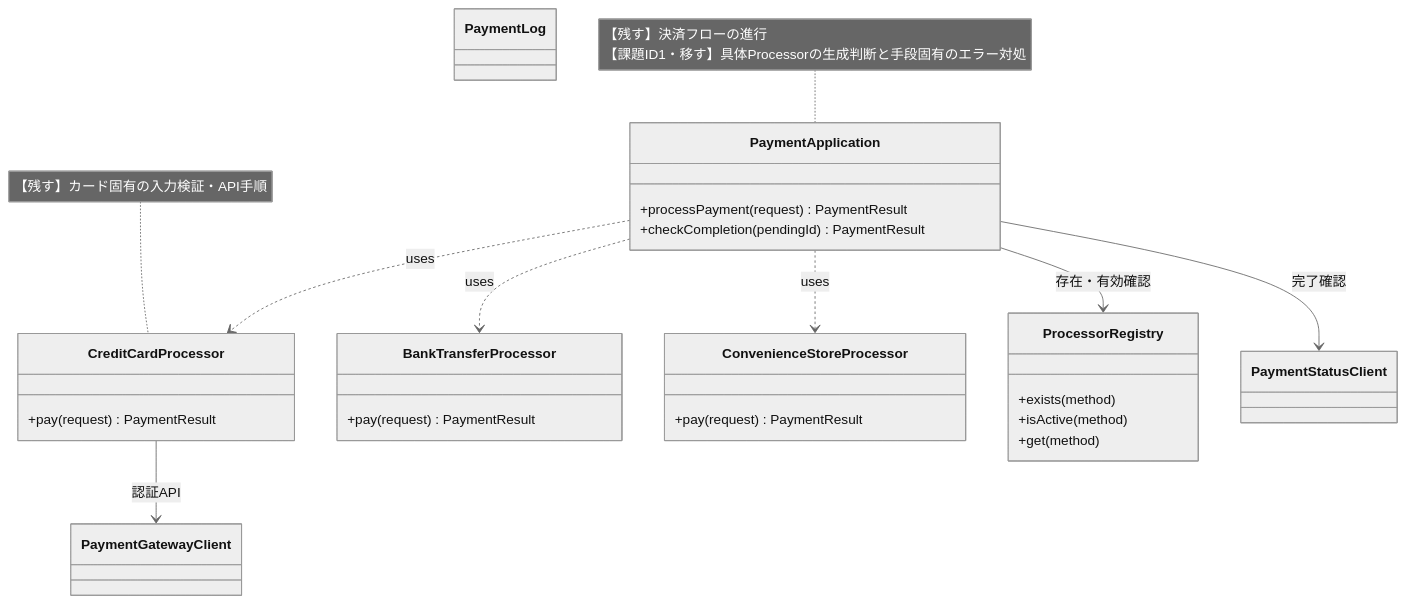
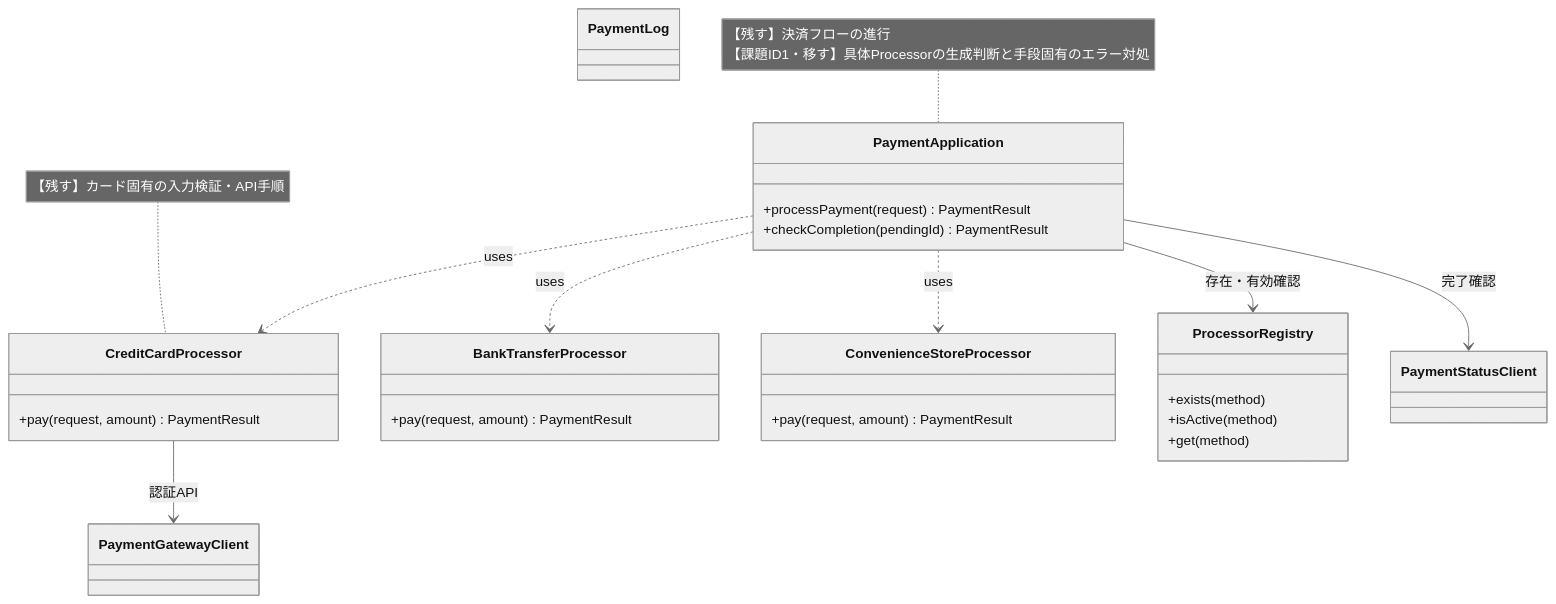
One commit to kumachan1101-pixel/DesignPattern changed the tenth of 17 diagrams in kindle/design-patterns/output/chapter08.md. Above: the diagram before and after it, drawn with Mermaid (neutral theme). The commit also changed other lines of this file and 2 other files, not shown here.

````diff
--- a/kindle/design-patterns/output/chapter08.md
+++ b/kindle/design-patterns/output/chapter08.md
@@ -1906,37 +1902,37 @@
 ```mermaid
 classDiagram
     class PaymentLog
     class PaymentApplication {
         +processPayment(request) PaymentResult
         +checkCompletion(pendingId) PaymentResult
     }
     class CreditCardProcessor {
-        +pay(request) PaymentResult
+        +pay(request, amount) PaymentResult
     }
     class BankTransferProcessor {
-        +pay(request) PaymentResult
+        +pay(request, amount) PaymentResult
     }
     class ConvenienceStoreProcessor {
-        +pay(request) PaymentResult
+        +pay(request, amount) PaymentResult
     }
     class ProcessorRegistry {
         +exists(method)
         +isActive(method)
         +get(method)
     }
     class PaymentGatewayClient
     class PaymentStatusClient
 
     PaymentApplication ..> CreditCardProcessor : uses
     PaymentApplication ..> BankTransferProcessor : uses
     PaymentApplication ..> ConvenienceStoreProcessor : uses
     PaymentApplication --> ProcessorRegistry : 存在・有効確認
     PaymentApplication --> PaymentStatusClient : 完了確認
     CreditCardProcessor --> PaymentGatewayClient : 認証API
 
     note for PaymentApplication "【残す】決済フローの進行<br/>【課題ID1・移す】具体Processorの生成判断と手段固有のエラー対処"
     note for CreditCardProcessor "【残す】カード固有の入力検証・API手順"
 
     classDef focus fill:#FFF2CC,stroke:#D6B656,stroke-width:2px,color:#222222
     cssClass "PaymentApplication" focus
 ```
````
